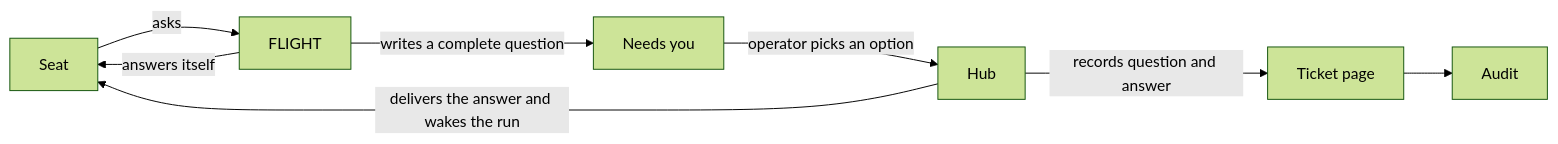
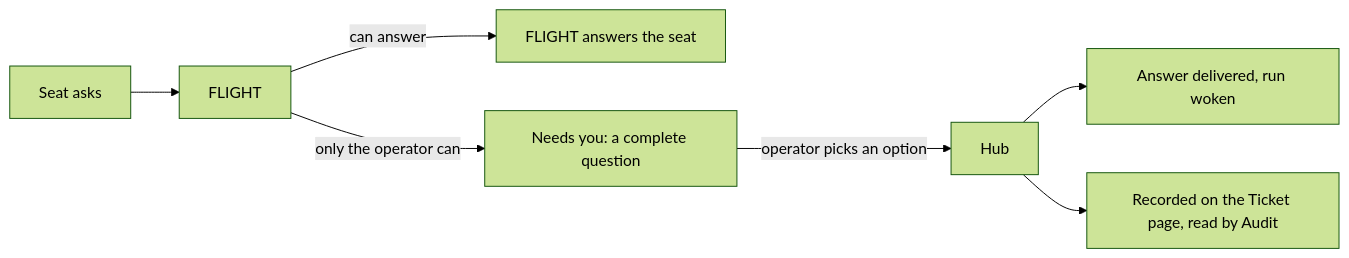
The diagram in docs/superpowers/specs/2026-11-06-comms-needs-you-flight-design.md (Luke-Bradford/mission-control), drawn with Mermaid (forest theme) before and after one commit.

Commit message:
docs: draw the question flow forward-only

````diff
--- a/docs/superpowers/specs/2026-11-06-comms-needs-you-flight-design.md
+++ b/docs/superpowers/specs/2026-11-06-comms-needs-you-flight-design.md
@@ -108,10 +108,9 @@
 ```mermaid
 flowchart LR
-  S[Seat] -->|asks| F[FLIGHT]
-  F -->|answers itself| S
-  F -->|writes a complete question| N[Needs you]
+  S[Seat asks] --> F[FLIGHT]
+  F -->|can answer| R[FLIGHT answers the seat]
+  F -->|only the operator can| N[Needs you: a complete question]
   N -->|operator picks an option| H[Hub]
-  H -->|delivers the answer and wakes the run| S
-  H -->|records question and answer| T[Ticket page]
-  T --> A[Audit]
+  H --> D[Answer delivered, run woken]
+  H --> T[Recorded on the Ticket page, read by Audit]
 ```
````
